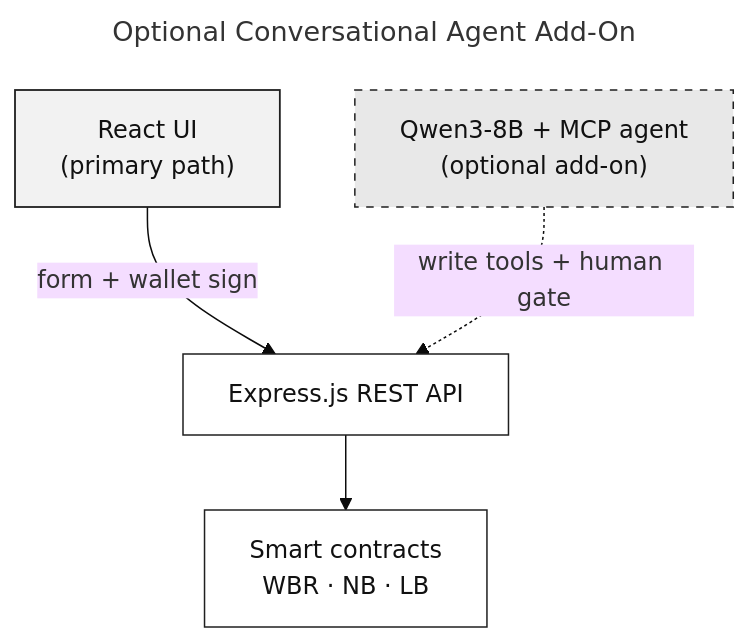
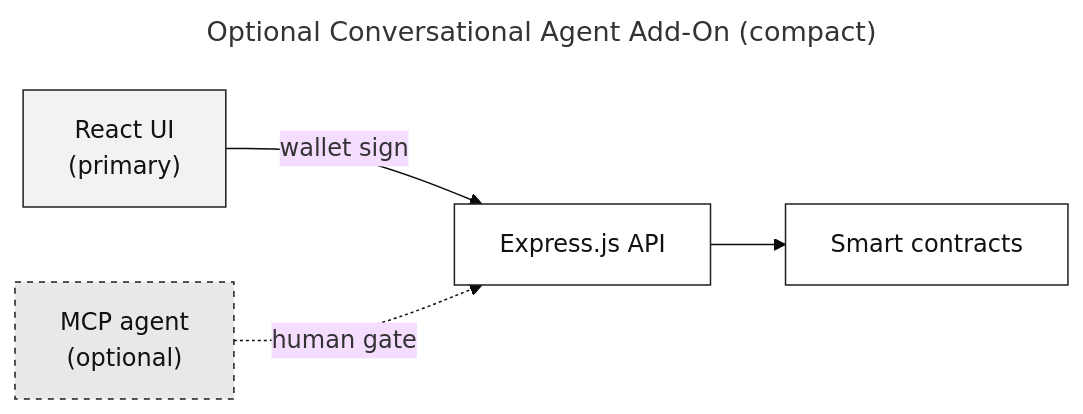
The diagram in Documentation/Diagrams/mermaid-src/improved diagrams/fig-optional-agent-addon.mmd (Yuvraajrahman/Cryto-World-Bank), drawn with Mermaid (base theme) before and after one commit. The commit also changed 93 other files, not shown here.

First line of the commit message:
Add v30 thesis draft with Chapter 1 Mermaid diagrams and diagram pipeline updates.

```diff
--- a/Documentation/Diagrams/mermaid-src/improved diagrams/fig-optional-agent-addon.mmd
+++ b/Documentation/Diagrams/mermaid-src/improved diagrams/fig-optional-agent-addon.mmd
@@ -1,16 +1,16 @@
 ---
-title: Optional Conversational Agent Add-On
+title: Optional Conversational Agent Add-On (compact)
 ---
-flowchart TB
-    classDef primary fill:#F2F2F2,stroke:#1F1F1F,stroke-width:1.2px,color:#111111
-    classDef opt     fill:#E8E8E8,stroke:#1F1F1F,stroke-width:1px,color:#111111,stroke-dasharray:5 5
+flowchart LR
+    classDef primary fill:#F2F2F2,stroke:#1F1F1F,stroke-width:1px,color:#111111
+    classDef opt     fill:#E8E8E8,stroke:#1F1F1F,stroke-width:1px,color:#111111,stroke-dasharray:4 4
     classDef core    fill:#FFFFFF,stroke:#1F1F1F,stroke-width:1px,color:#111111
 
-    UI["React UI<br/>(primary path)"]:::primary
-    AG["Qwen3-8B + MCP agent<br/>(optional add-on)"]:::opt
-    API["Express.js REST API"]:::core
-    SC["Smart contracts<br/>WBR · NB · LB"]:::core
+    UI["React UI<br/>(primary)"]:::primary
+    AG["MCP agent<br/>(optional)"]:::opt
+    API["Express.js API"]:::core
+    SC["Smart contracts"]:::core
 
-    UI -->|"form + wallet sign"| API
-    AG -.->|"write tools + human gate"| API
+    UI -->|"wallet sign"| API
+    AG -.->|"human gate"| API
     API --> SC
```
